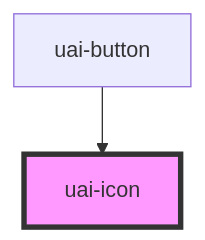
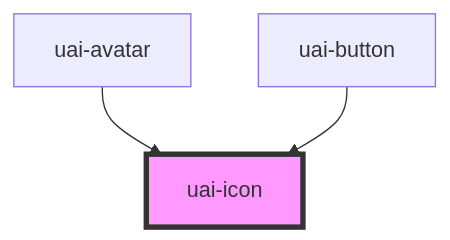
The diagram in src/components/uai-icon/readme.md (takenet/blip-ds), drawn with Mermaid before and after one commit. The commit also changed other lines of this file and 46 other files, not shown here.

````diff
--- a/src/components/uai-icon/readme.md
+++ b/src/components/uai-icon/readme.md
@@ -46,5 +47,6 @@
 ```mermaid
 graph TD;
+  uai-avatar --> uai-icon
   uai-button --> uai-icon
   style uai-icon fill:#f9f,stroke:#333,stroke-width:4px
 ```
````
